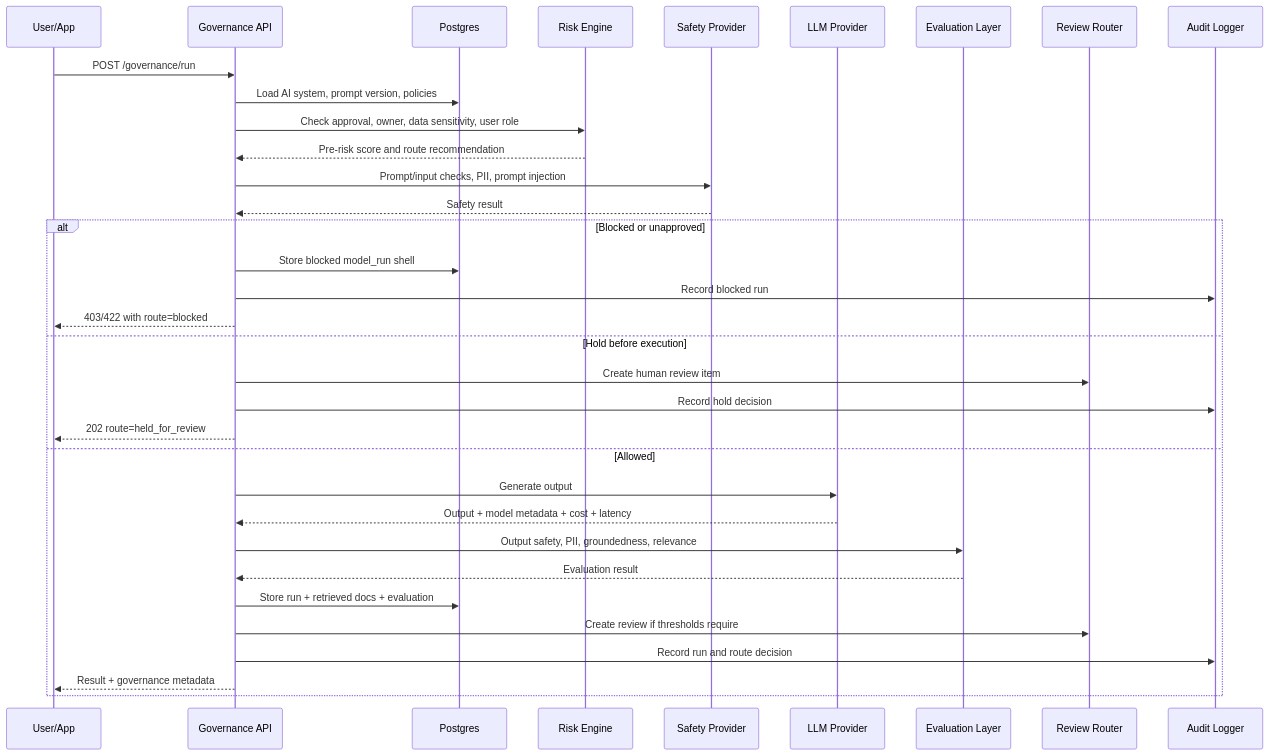
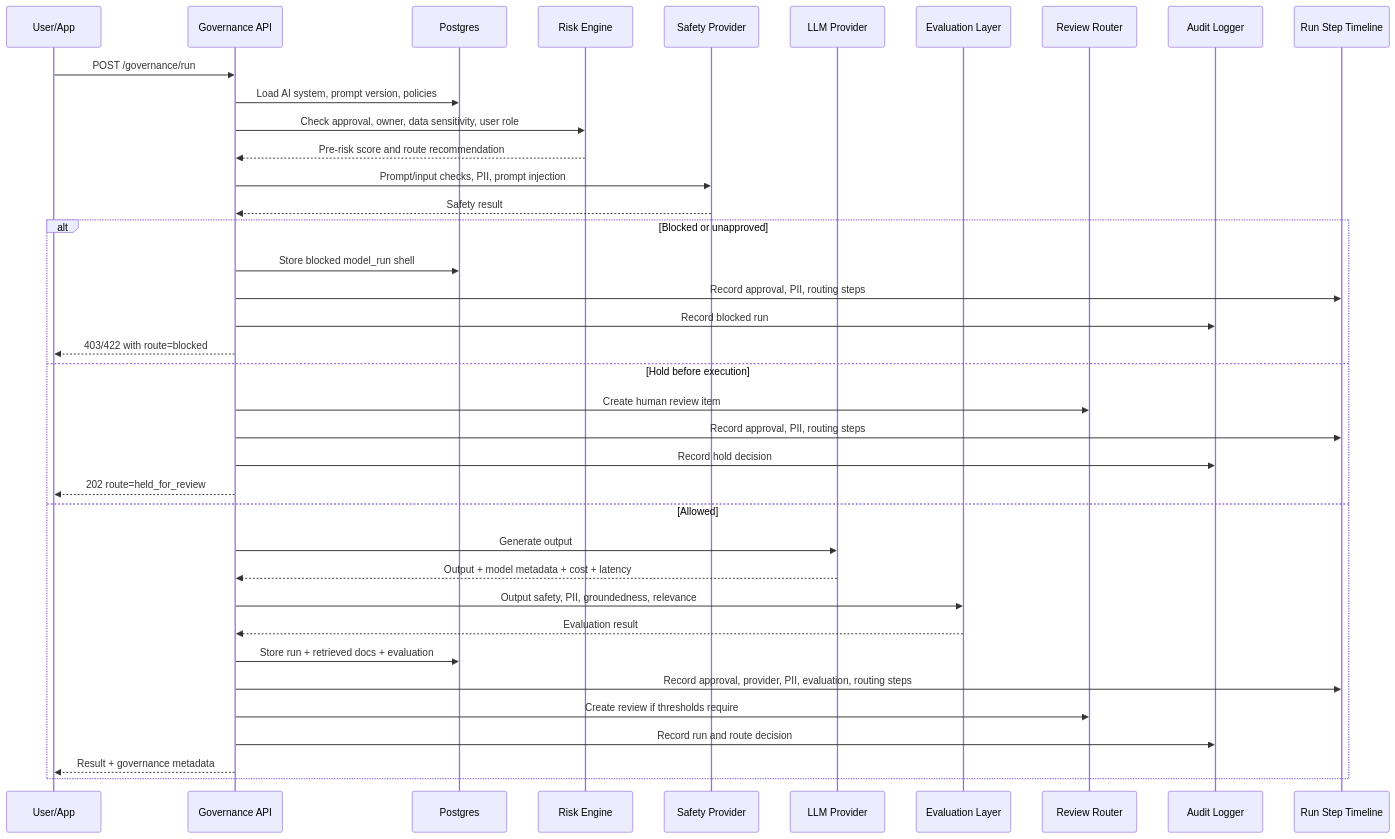
Before and after one commit to Governance-lab-ai/ai-control-tower: the fourth of 5 diagrams in docs/ARCHITECTURE.md, drawn with Mermaid. The commit also changed other lines of this file and 35 other files, not shown here.

````diff
--- a/docs/ARCHITECTURE.md
+++ b/docs/ARCHITECTURE.md
@@ -141,38 +142,42 @@
 ```mermaid
 sequenceDiagram
   participant User as User/App
   participant API as Governance API
   participant DB as Postgres
   participant Risk as Risk Engine
   participant Safety as Safety Provider
   participant LLM as LLM Provider
   participant Eval as Evaluation Layer
   participant Review as Review Router
   participant Audit as Audit Logger
+  participant Steps as Run Step Timeline
 
   User->>API: POST /governance/run
   API->>DB: Load AI system, prompt version, policies
   API->>Risk: Check approval, owner, data sensitivity, user role
   Risk-->>API: Pre-risk score and route recommendation
   API->>Safety: Prompt/input checks, PII, prompt injection
   Safety-->>API: Safety result
 
   alt Blocked or unapproved
     API->>DB: Store blocked model_run shell
+    API->>Steps: Record approval, PII, routing steps
     API->>Audit: Record blocked run
     API-->>User: 403/422 with route=blocked
   else Hold before execution
     API->>Review: Create human review item
+    API->>Steps: Record approval, PII, routing steps
     API->>Audit: Record hold decision
     API-->>User: 202 route=held_for_review
   else Allowed
     API->>LLM: Generate output
     LLM-->>API: Output + model metadata + cost + latency
     API->>Eval: Output safety, PII, groundedness, relevance
     Eval-->>API: Evaluation result
     API->>DB: Store run + retrieved docs + evaluation
+    API->>Steps: Record approval, provider, PII, evaluation, routing steps
     API->>Review: Create review if thresholds require
     API->>Audit: Record run and route decision
     API-->>User: Result + governance metadata
   end
 ```
````
